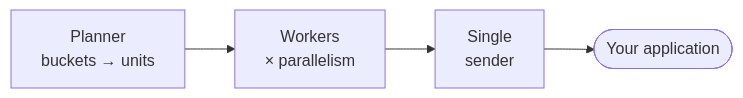
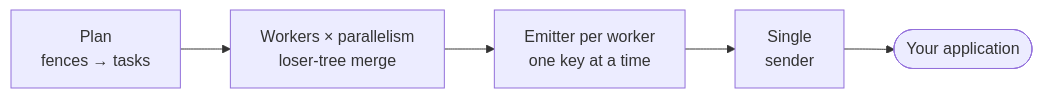
Before and after one commit to Zaba505/reconciliar-sidecar-poc: the second of 5 diagrams in README.md, drawn with Mermaid. The commit also changed other lines of this file and 44 other files, not shown here.

````diff
--- a/README.md
+++ b/README.md
@@ -45,4 +47,4 @@
 ```mermaid
 flowchart LR
-  Planner["Planner<br/>buckets → units"] --> Workers["Workers<br/>× parallelism"] --> Sender["Single<br/>sender"] --> Client(["Your application"])
+  Plan["Plan<br/>fences → tasks"] --> Workers["Workers × parallelism<br/>loser-tree merge"] --> Emitter["Emitter per worker<br/>one key at a time"] --> Sender["Single<br/>sender"] --> Client(["Your application"])
 ```
````
